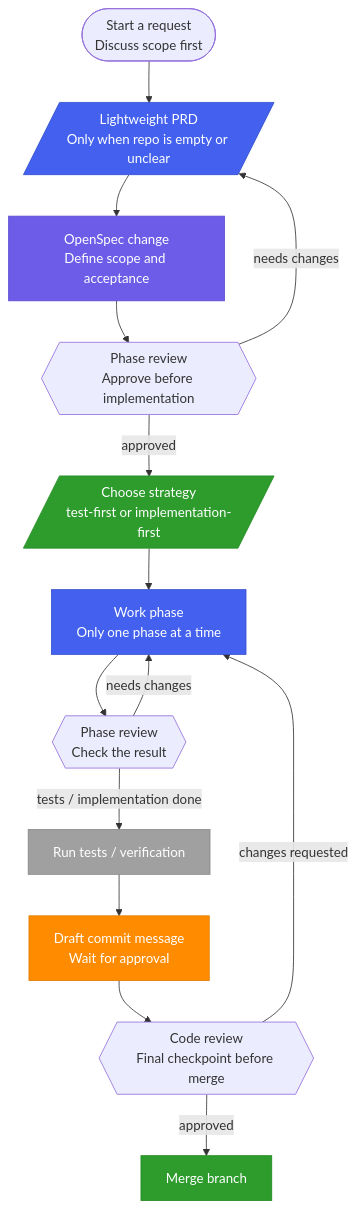
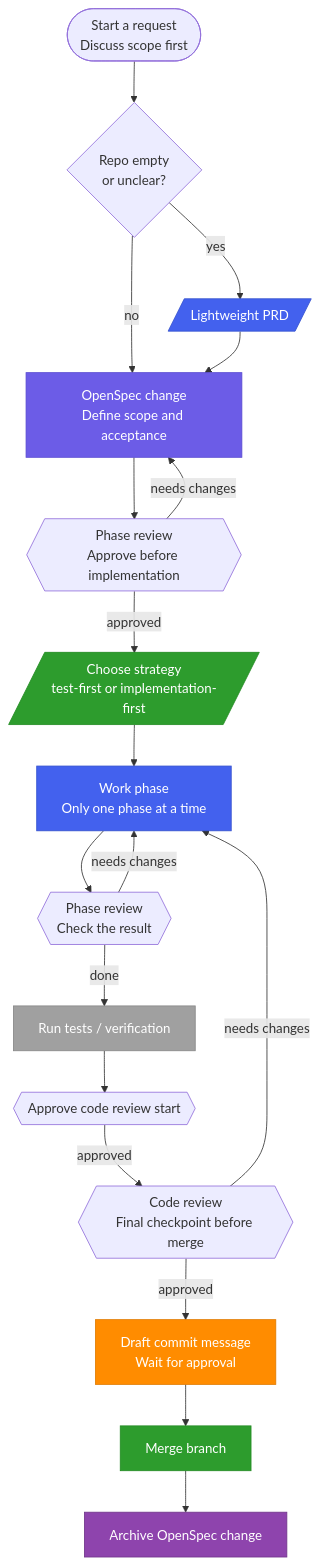
The diagram in README.md (Ray-suen/spec-review-workflow), drawn with Mermaid before and after one commit. The commit also changed other lines of this file and 2 other files, not shown here.

First line of the commit message:
docs(workflow): add code review gate and openspec archive rules

````diff
--- a/README.md
+++ b/README.md
@@ -10,33 +10,42 @@
 ```mermaid
 flowchart TD
-    START([Start a request<br>Discuss scope first]) --> PRD
+    START([Start a request<br>Discuss scope first]) --> NEED_PRD{Repo empty<br>or unclear?}
 
-    PRD[/"Lightweight PRD<br>Only when repo is empty or unclear"/] --> SPEC
+    NEED_PRD -->|yes| PRD
+    NEED_PRD -->|no| SPEC
+
+    PRD[/"Lightweight PRD"/] --> SPEC
     SPEC["OpenSpec change<br>Define scope and acceptance"] --> REVIEW1
 
     REVIEW1{{"Phase review<br>Approve before implementation"}}
     REVIEW1 -->|approved| STRATEGY
-    REVIEW1 -->|needs changes| PRD
+    REVIEW1 -->|needs changes| SPEC
 
     STRATEGY[/"Choose strategy<br>test-first or implementation-first"/] --> WORK
     WORK["Work phase<br>Only one phase at a time"] --> REVIEW2
 
     REVIEW2{{"Phase review<br>Check the result"}}
-    REVIEW2 -->|tests / implementation done| TESTS
+    REVIEW2 -->|done| TESTS
     REVIEW2 -->|needs changes| WORK
 
-    TESTS["Run tests / verification"] --> COMMIT
-    COMMIT["Draft commit message<br>Wait for approval"] --> REVIEW3
+    TESTS["Run tests / verification"] --> REVIEW3
 
-    REVIEW3{{"Code review<br>Final checkpoint before merge"}}
-    REVIEW3 -->|approved| MERGE["Merge branch"]
-    REVIEW3 -->|changes requested| WORK
+    REVIEW3{{"Approve code review start"}}
+    REVIEW3 -->|approved| REVIEW4
+
+    REVIEW4{{"Code review<br>Final checkpoint before merge"}}
+    REVIEW4 -->|approved| COMMIT
+    REVIEW4 -->|needs changes| WORK
+
+    COMMIT["Draft commit message<br>Wait for approval"] --> MERGE["Merge branch"]
+    MERGE --> ARCHIVE["Archive OpenSpec change"]
 
     style PRD fill:#4361ee,stroke:#3451ce,color:#fff
     style SPEC fill:#6c5ce7,stroke:#5a4bd1,color:#fff
     style STRATEGY fill:#2d9c2d,stroke:#228B22,color:#fff
     style WORK fill:#4361ee,stroke:#3451ce,color:#fff
     style TESTS fill:#a0a0a0,stroke:#888,color:#fff
     style COMMIT fill:#ff8c00,stroke:#e07b00,color:#fff
     style MERGE fill:#2d9c2d,stroke:#228B22,color:#fff
+    style ARCHIVE fill:#8e44ad,stroke:#70368a,color:#fff
 ```
````
